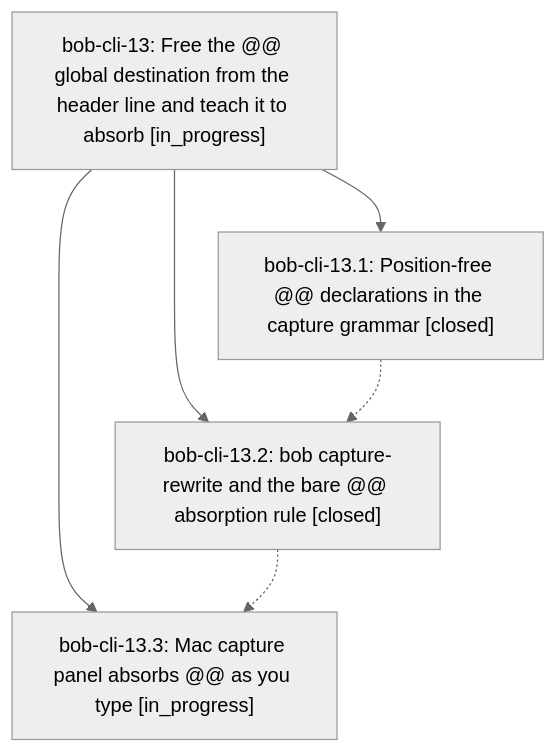
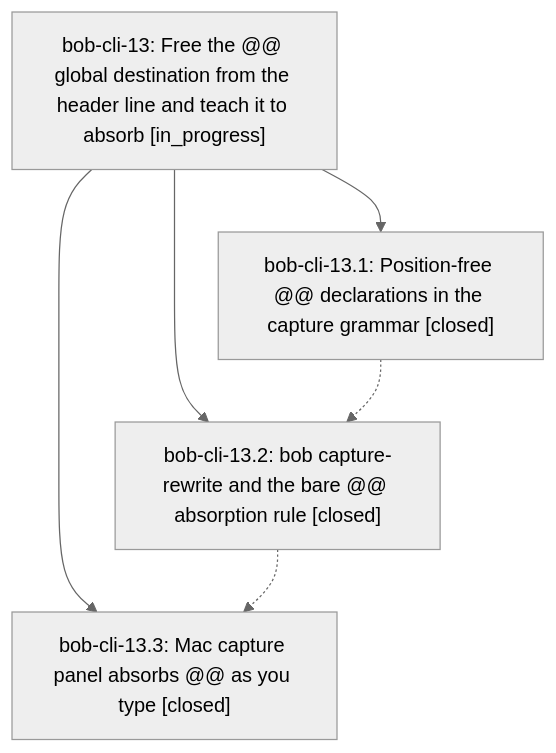
One commit to bobs-org/bob-cli--beads changed the diagram in pages/bob-cli-13/README.md. Above: the diagram before and after it, drawn with Mermaid (neutral theme). The commit also changed other lines of this file and 2 other files, not shown here.

First line of the commit message:
chore(beads): sync bead state and pages for bob-cli-13

````diff
--- a/pages/bob-cli-13/README.md
+++ b/pages/bob-cli-13/README.md
@@ -24,12 +24,12 @@
 ```mermaid
 flowchart TD
     n0["bob-cli-13: Free the @@ global destination from the header line and teach it to absorb [in_progress]"]
     n1["bob-cli-13.1: Position-free @@ declarations in the capture grammar [closed]"]
     n2["bob-cli-13.2: bob capture-rewrite and the bare @@ absorption rule [closed]"]
-    n3["bob-cli-13.3: Mac capture panel absorbs @@ as you type [in_progress]"]
+    n3["bob-cli-13.3: Mac capture panel absorbs @@ as you type [closed]"]
     n0 --> n1
     n0 --> n2
     n0 --> n3
     n1 -.-> n2
     n2 -.-> n3
 ```
````
